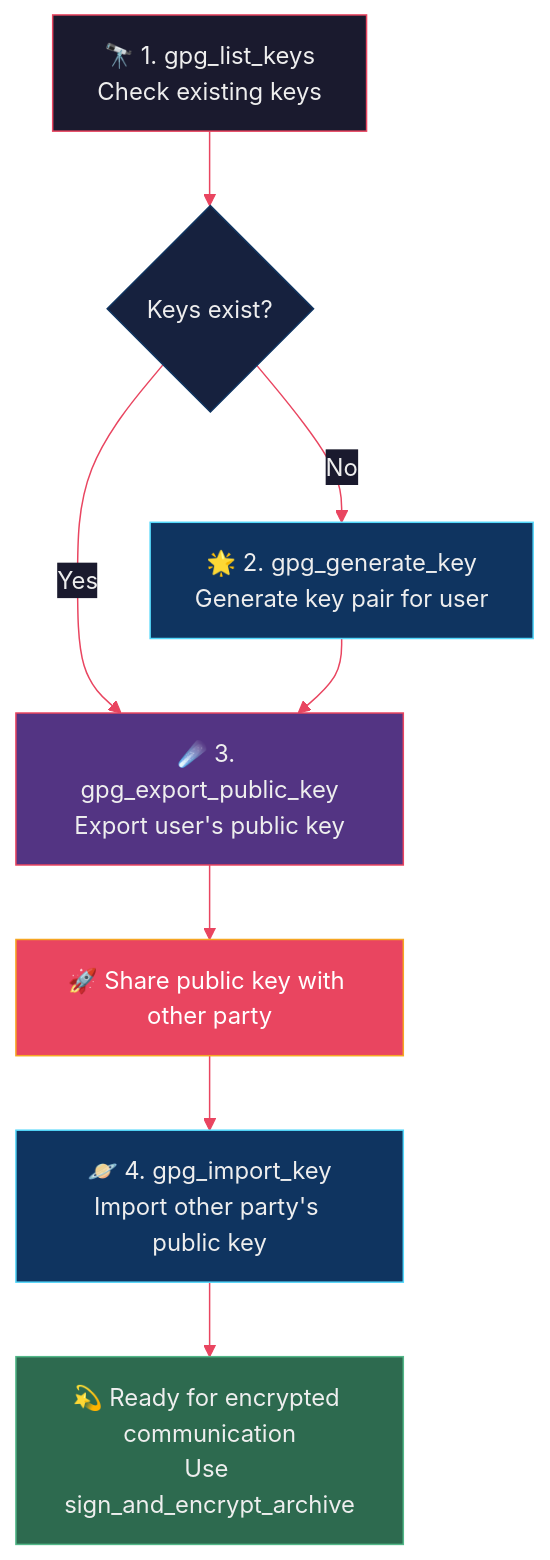
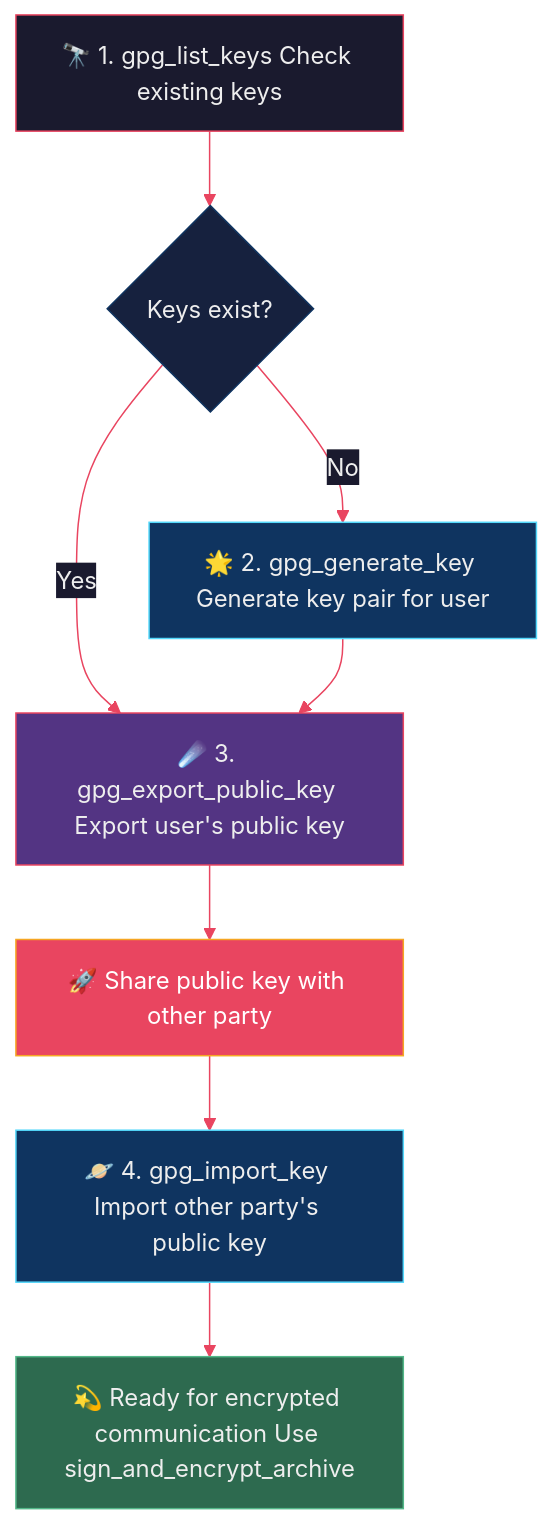
One commit to 8r4n/zstar-mcp-server changed the first of 3 diagrams in README.md. Above: the diagram before and after it, drawn with Mermaid.

Commit message:
Remove newline characters from flowchart labels

````diff
--- a/README.md
+++ b/README.md
@@ -344,19 +344,19 @@
 ```mermaid
 %%{init: {'theme': 'base', 'themeVariables': {'lineColor': '#e94560', 'primaryColor': '#1a1a2e', 'primaryTextColor': '#eee', 'edgeLabelBackground': '#1a1a2e', 'clusterBkg': '#0d1b2a'}}}%%
 flowchart TD
-    A["🔭 1. gpg_list_keys\nCheck existing keys"] --> B{Keys exist?}
-    B -->|No| C["🌟 2. gpg_generate_key\nGenerate key pair for user"]
-    B -->|Yes| D["☄️ 3. gpg_export_public_key\nExport user's public key"]
+    A["🔭 1. gpg_list_keys Check existing keys"] --> B{Keys exist?}
+    B -->|No| C["🌟 2. gpg_generate_key Generate key pair for user"]
+    B -->|Yes| D["☄️ 3. gpg_export_public_key Export user's public key"]
     C --> D
     D --> E["🚀 Share public key with other party"]
-    E --> F["🪐 4. gpg_import_key\nImport other party's public key"]
-    F --> G["💫 Ready for encrypted communication\nUse sign_and_encrypt_archive"]
+    E --> F["🪐 4. gpg_import_key Import other party's public key"]
+    F --> G["💫 Ready for encrypted communication Use sign_and_encrypt_archive"]
 
     style A fill:#1a1a2e,stroke:#e94560,color:#eee
     style B fill:#16213e,stroke:#0f3460,color:#eee
     style C fill:#0f3460,stroke:#53d8fb,color:#eee
     style D fill:#533483,stroke:#e94560,color:#eee
     style E fill:#e94560,stroke:#f5a623,color:#fff
     style F fill:#0f3460,stroke:#53d8fb,color:#eee
     style G fill:#2d6a4f,stroke:#52b788,color:#eee
 ```
````
